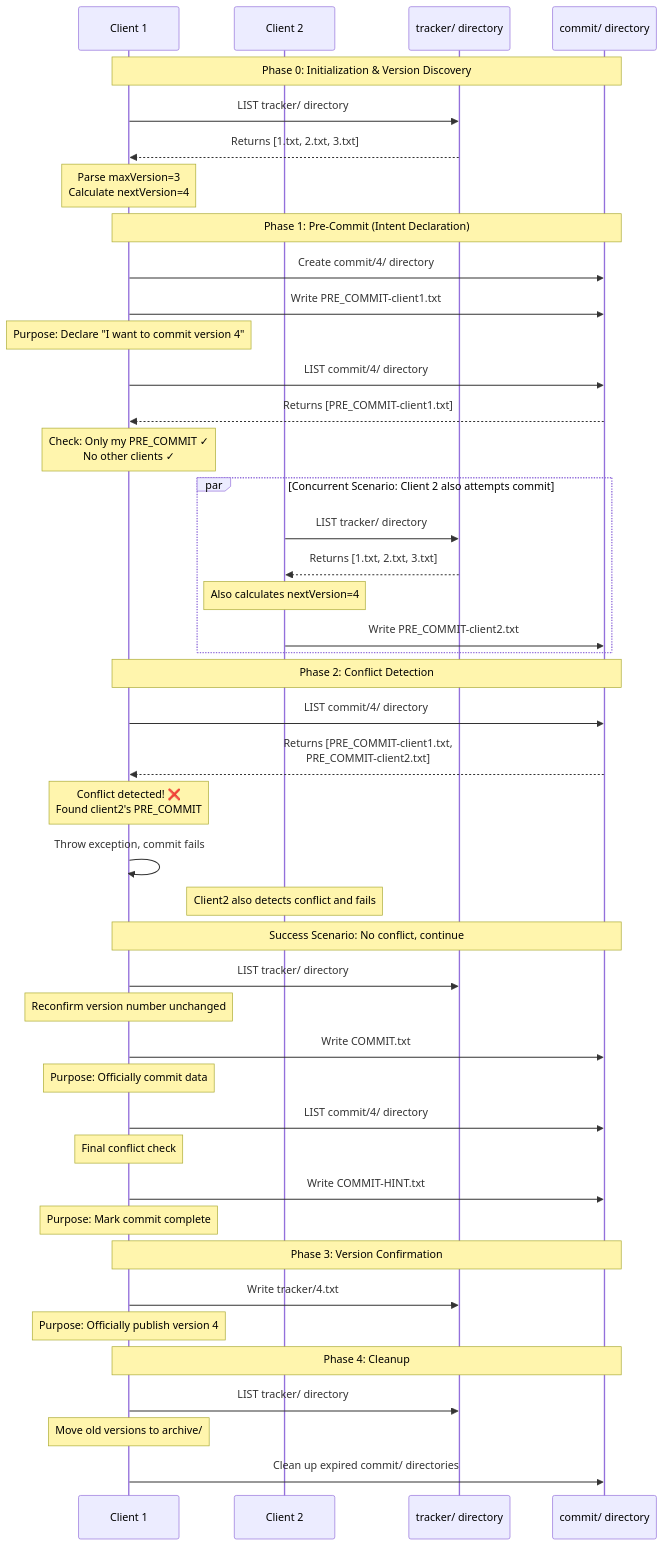
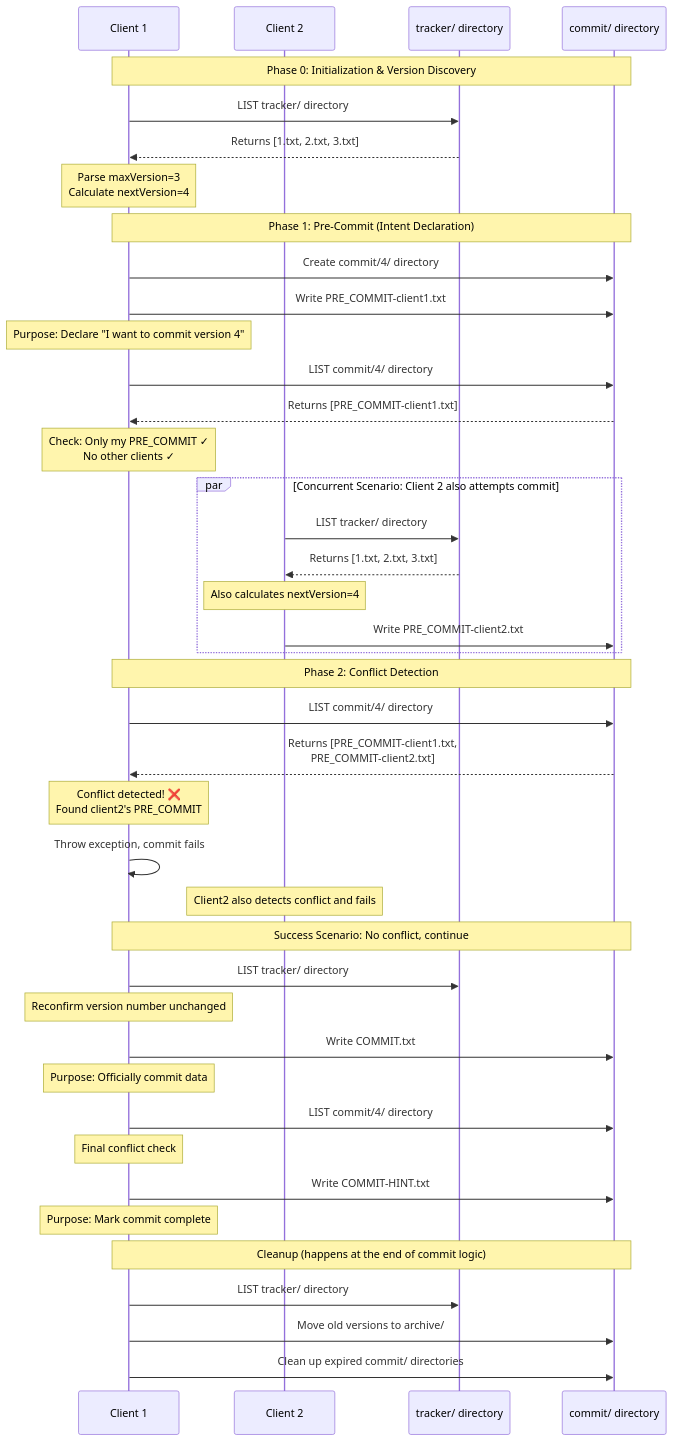
The first of 3 diagrams in FileTrackerCommitStrategyV2-Explained.md (BsoBird/filesystem-catalog-original), drawn with Mermaid before and after one commit. The commit also changed other lines of this file, not shown here.

````diff
--- a/FileTrackerCommitStrategyV2-Explained.md
+++ b/FileTrackerCommitStrategyV2-Explained.md
@@ -63,58 +63,54 @@
 ```mermaid
 sequenceDiagram
     participant Client1 as Client 1
     participant Client2 as Client 2
     participant Tracker as tracker/ directory
     participant Commit as commit/ directory
     
     Note over Client1,Commit: Phase 0: Initialization & Version Discovery
     Client1->>Tracker: LIST tracker/ directory
     Tracker-->>Client1: Returns [1.txt, 2.txt, 3.txt]
     Note over Client1: Parse maxVersion=3<br/>Calculate nextVersion=4
     
     Note over Client1,Commit: Phase 1: Pre-Commit (Intent Declaration)
     Client1->>Commit: Create commit/4/ directory
     Client1->>Commit: Write PRE_COMMIT-client1.txt
     Note over Client1: Purpose: Declare "I want to commit version 4"
     
     Client1->>Commit: LIST commit/4/ directory
     Commit-->>Client1: Returns [PRE_COMMIT-client1.txt]
     Note over Client1: Check: Only my PRE_COMMIT ✓<br/>No other clients ✓
     
     par Concurrent Scenario: Client 2 also attempts commit
         Client2->>Tracker: LIST tracker/ directory
         Tracker-->>Client2: Returns [1.txt, 2.txt, 3.txt]
         Note over Client2: Also calculates nextVersion=4
         Client2->>Commit: Write PRE_COMMIT-client2.txt
     end
     
     Note over Client1,Commit: Phase 2: Conflict Detection
     Client1->>Commit: LIST commit/4/ directory
     Commit-->>Client1: Returns [PRE_COMMIT-client1.txt,<br/>PRE_COMMIT-client2.txt]
     Note over Client1: Conflict detected! ❌<br/>Found client2's PRE_COMMIT
     Client1->>Client1: Throw exception, commit fails
     
     Note over Client2: Client2 also detects conflict and fails
     
     Note over Client1,Commit: Success Scenario: No conflict, continue
     Client1->>Tracker: LIST tracker/ directory
     Note over Client1: Reconfirm version number unchanged
     
     Client1->>Commit: Write COMMIT.txt
     Note over Client1: Purpose: Officially commit data
     
     Client1->>Commit: LIST commit/4/ directory
     Note over Client1: Final conflict check
     
     Client1->>Commit: Write COMMIT-HINT.txt
     Note over Client1: Purpose: Mark commit complete
     
-    Note over Client1,Commit: Phase 3: Version Confirmation
-    Client1->>Tracker: Write tracker/4.txt
-    Note over Client1: Purpose: Officially publish version 4
-    
-    Note over Client1,Commit: Phase 4: Cleanup
+    Note over Client1,Commit: Cleanup (happens at the end of commit logic)
     Client1->>Tracker: LIST tracker/ directory
-    Note over Client1: Move old versions to archive/
+    Client1->>Commit: Move old versions to archive/
     Client1->>Commit: Clean up expired commit/ directories
 ```
````
